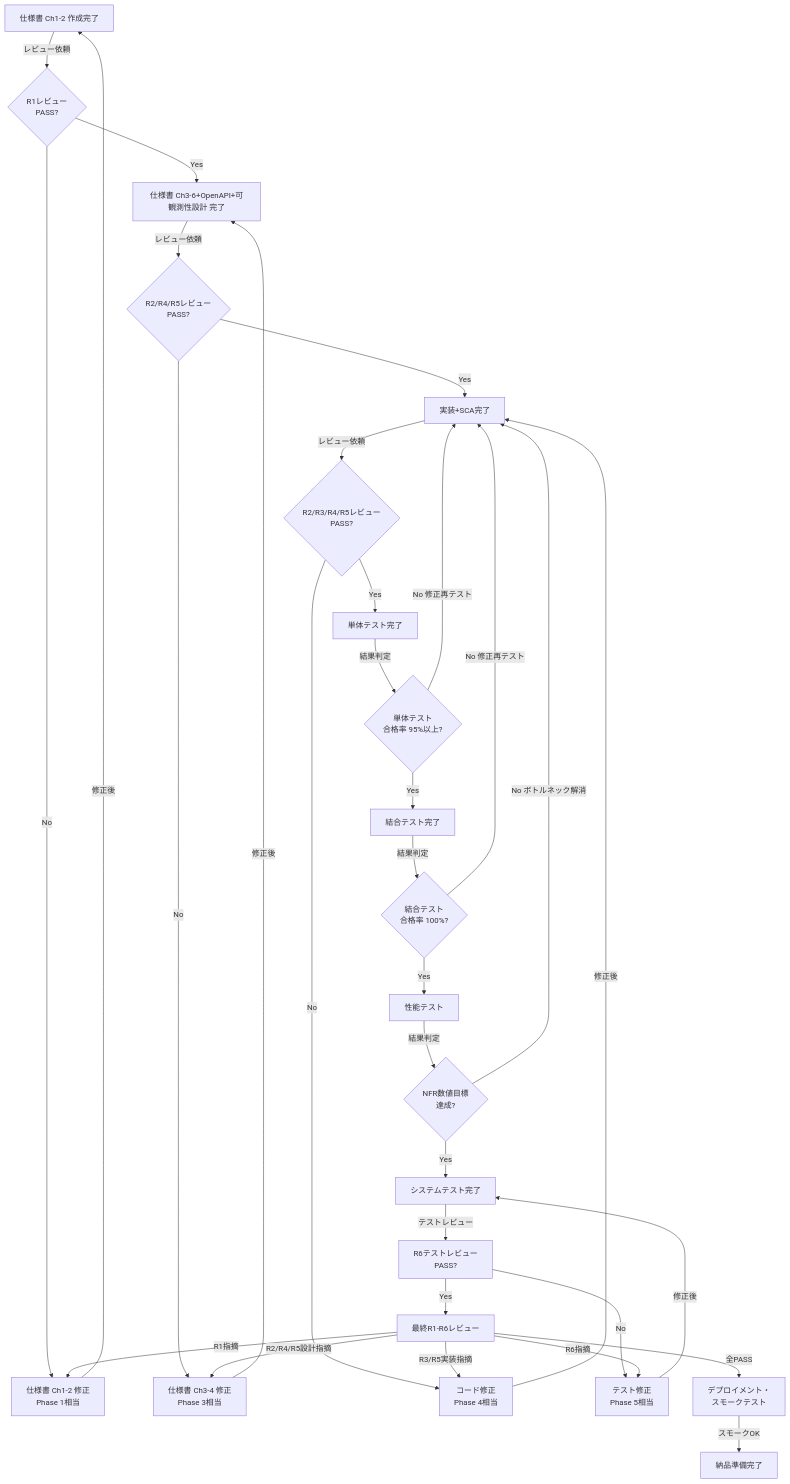
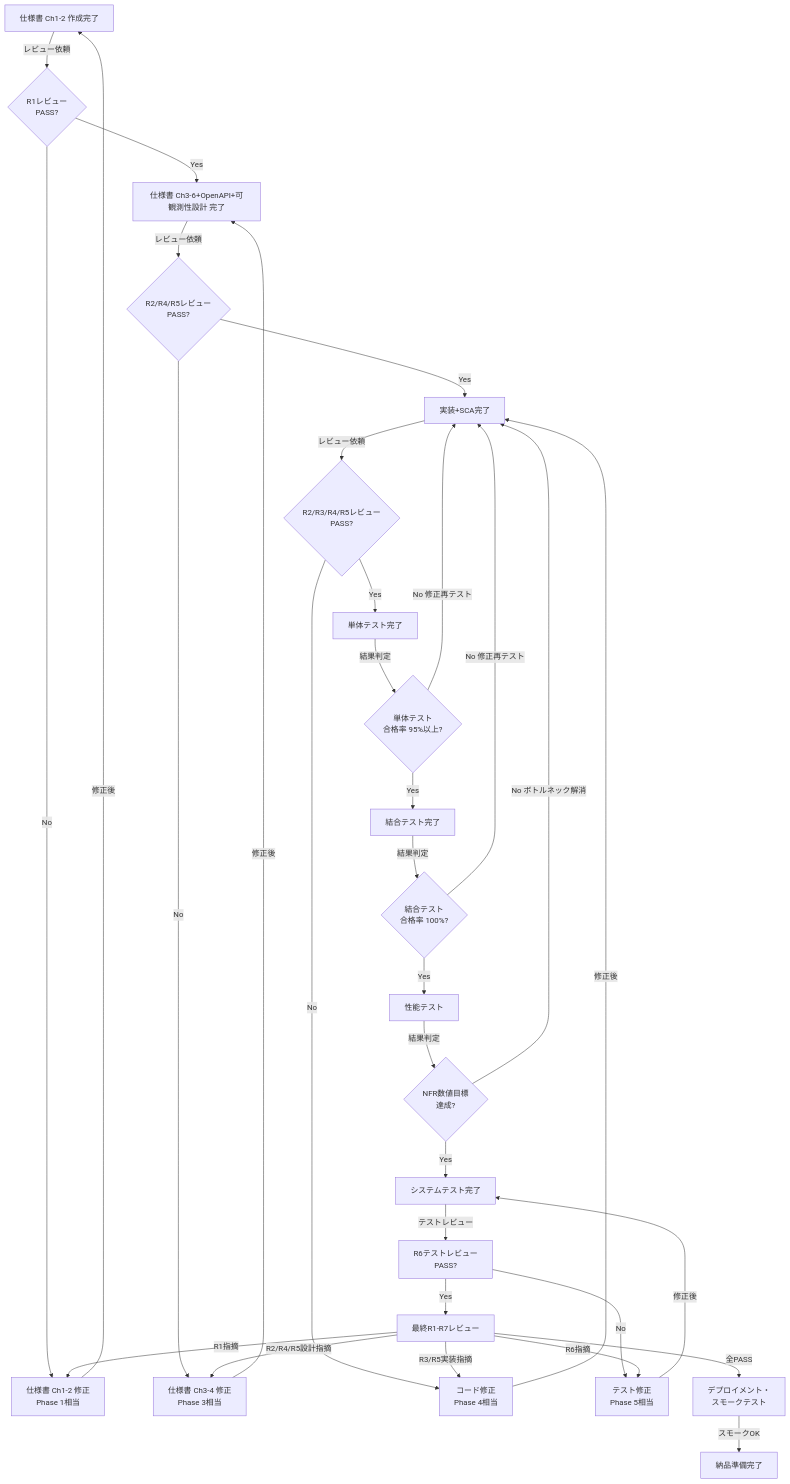
One commit to GoodRelax/gr-sw-maker changed the ninth of 12 diagrams in framework-src/ja/process-rules/full-auto-dev-process-rules.md. Above: the diagram before and after it, drawn with Mermaid. The commit also changed other lines of this file and 24 other files, not shown here.

````diff
--- a/framework-src/ja/process-rules/full-auto-dev-process-rules.md
+++ b/framework-src/ja/process-rules/full-auto-dev-process-rules.md
@@ -1892,56 +1892,56 @@
 ```mermaid
 flowchart TD
     Spec1["仕様書 Ch1-2 作成完了"]
     Spec1_Review{"R1レビュー<br/>PASS?"}
     Spec2["仕様書 Ch3-6+OpenAPI+可観測性設計 完了"]
     Spec2_Review{"R2/R4/R5レビュー<br/>PASS?"}
     Impl["実装+SCA完了"]
     Code_Review{"R2/R3/R4/R5レビュー<br/>PASS?"}
     UT["単体テスト完了"]
     UT_Gate{"単体テスト<br/>合格率 95%以上?"}
     IT["結合テスト完了"]
     IT_Gate{"結合テスト<br/>合格率 100%?"}
     PerfT["性能テスト"]
     Perf_Gate{"NFR数値目標<br/>達成?"}
     ST["システムテスト完了"]
     TR["R6テストレビュー<br/>PASS?"]
-    Final["最終R1-R6レビュー"]
+    Final["最終R1-R7レビュー"]
     R1Fail["仕様書 Ch1-2 修正<br/>Phase 1相当"]
     R2Fail["仕様書 Ch3-4 修正<br/>Phase 3相当"]
     R3Fail["コード修正<br/>Phase 4相当"]
     R6Fail["テスト修正<br/>Phase 5相当"]
     Deploy["デプロイメント・<br/>スモークテスト"]
     Done["納品準備完了"]
 
     Spec1 -->|"レビュー依頼"| Spec1_Review
     Spec1_Review -->|"Yes"| Spec2
     Spec1_Review -->|"No"| R1Fail
     R1Fail -->|"修正後"| Spec1
     Spec2 -->|"レビュー依頼"| Spec2_Review
     Spec2_Review -->|"Yes"| Impl
     Spec2_Review -->|"No"| R2Fail
     R2Fail -->|"修正後"| Spec2
     Impl -->|"レビュー依頼"| Code_Review
     Code_Review -->|"Yes"| UT
     Code_Review -->|"No"| R3Fail
     R3Fail -->|"修正後"| Impl
     UT -->|"結果判定"| UT_Gate
     UT_Gate -->|"Yes"| IT
     UT_Gate -->|"No 修正再テスト"| Impl
     IT -->|"結果判定"| IT_Gate
     IT_Gate -->|"Yes"| PerfT
     IT_Gate -->|"No 修正再テスト"| Impl
     PerfT -->|"結果判定"| Perf_Gate
     Perf_Gate -->|"Yes"| ST
     Perf_Gate -->|"No ボトルネック解消"| Impl
     ST -->|"テストレビュー"| TR
     TR -->|"Yes"| Final
     TR -->|"No"| R6Fail
     R6Fail -->|"修正後"| ST
     Final -->|"R1指摘"| R1Fail
     Final -->|"R2/R4/R5設計指摘"| R2Fail
     Final -->|"R3/R5実装指摘"| R3Fail
     Final -->|"R6指摘"| R6Fail
     Final -->|"全PASS"| Deploy
     Deploy -->|"スモークOK"| Done
 ```
````
